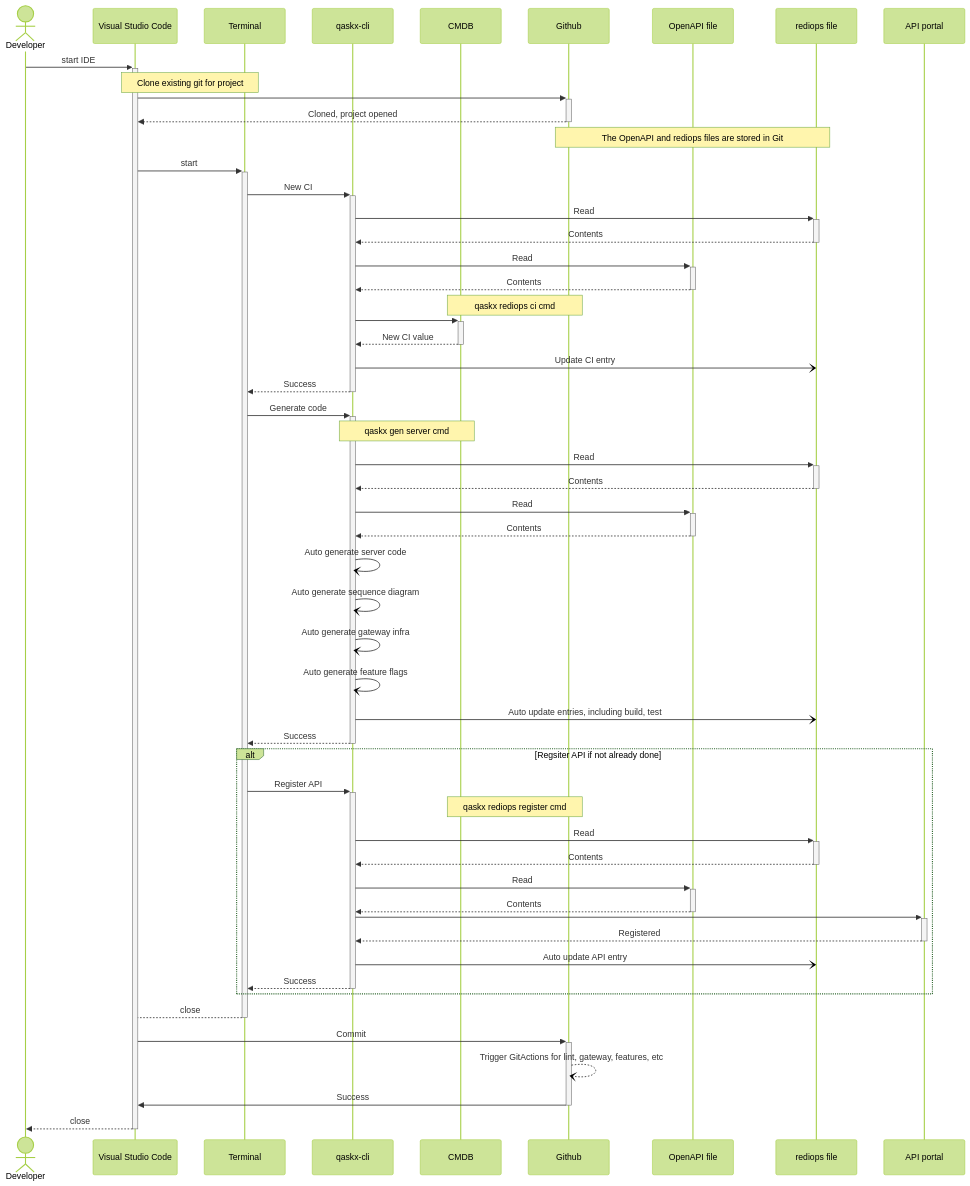
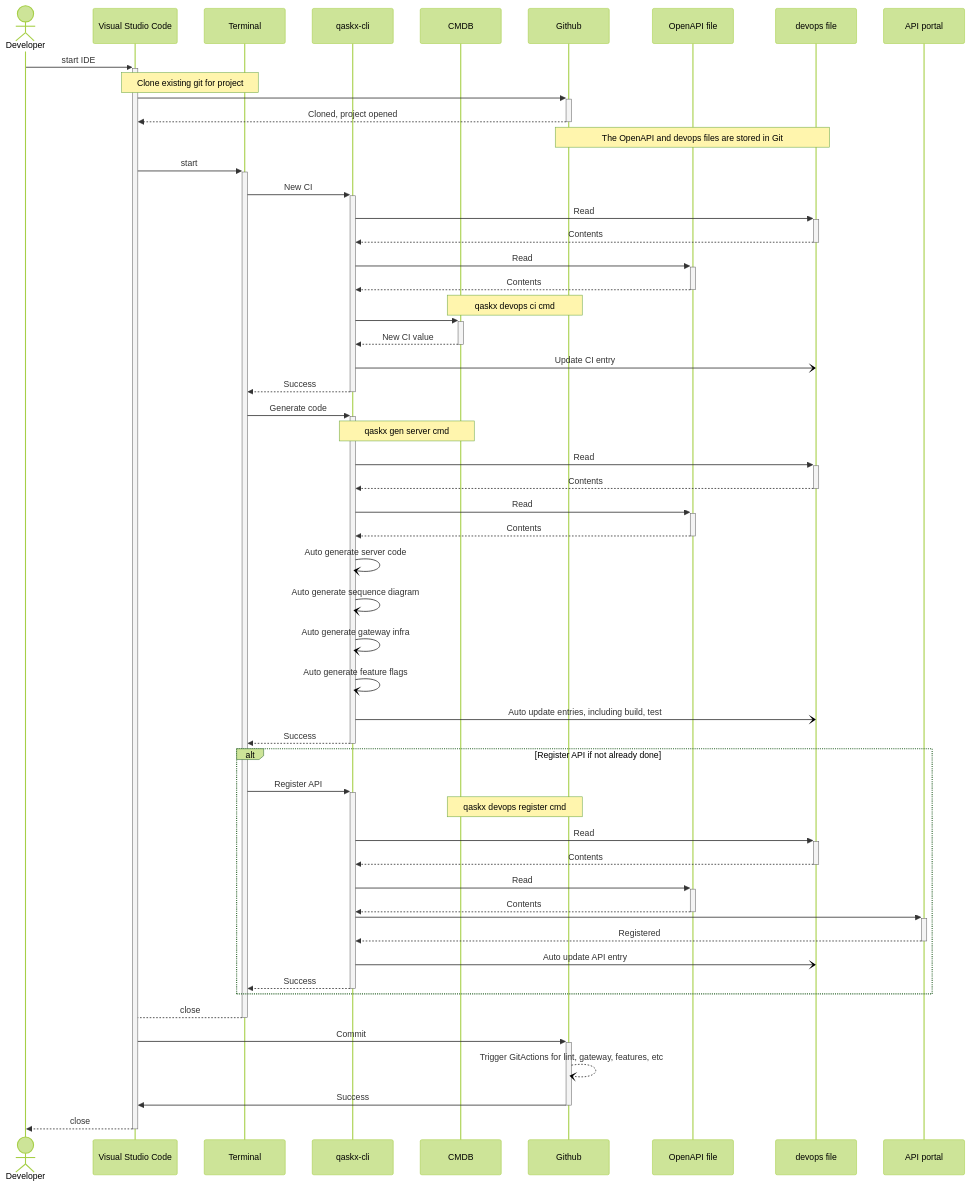
The first of 2 diagrams in docs/developers_server_start.md (meerkat-manor/rediOps), drawn with Mermaid (forest theme) before and after one commit. The commit also changed other lines of this file and 4 other files, not shown here.

````diff
--- a/docs/developers_server_start.md
+++ b/docs/developers_server_start.md
@@ -29,72 +29,72 @@
 ```mermaid
 
 sequenceDiagram
 
     actor dev as Developer
     participant vsc as Visual Studio Code
     participant term as Terminal
     participant qaskx as qaskx-cli
     participant cmdb as CMDB
     participant git as Github
-    link git: GitHub @ https://github.com/meerkat-manor/rediOps
+    link git: GitHub @ https://github.com/meerkat-manor/devops
     participant oas3f as OpenAPI file
-    participant rediops as rediops file
+    participant devops as devops file
     participant apip as API portal
 
     dev ->>+ vsc: start IDE
 
     Note over vsc, term: Clone existing git for project
     vsc ->>+ git : 
     git -->>- vsc : Cloned, project opened
 
-    Note over git, rediops: The OpenAPI and rediops files are stored in Git
+    Note over git, devops: The OpenAPI and devops files are stored in Git
 
     vsc ->>+ term: start
     term ->>+ qaskx: New CI
-    qaskx ->>+ rediops: Read 
-    rediops -->>- qaskx: Contents
+    qaskx ->>+ devops: Read 
+    devops -->>- qaskx: Contents
     qaskx ->>+ oas3f: Read 
     oas3f -->>- qaskx: Contents
-    Note over cmdb, git: qaskx rediops ci cmd
+    Note over cmdb, git: qaskx devops ci cmd
     qaskx ->>+ cmdb: 
     cmdb -->>- qaskx: New CI value
-    qaskx -) rediops: Update CI entry
+    qaskx -) devops: Update CI entry
     qaskx -->>- term: Success
 
     term ->>+ qaskx: Generate code
     Note over qaskx, cmdb: qaskx gen server cmd
-    qaskx ->>+ rediops: Read 
-    rediops -->>- qaskx: Contents
+    qaskx ->>+ devops: Read 
+    devops -->>- qaskx: Contents
     qaskx ->>+ oas3f: Read 
     oas3f -->>- qaskx: Contents
     qaskx -) qaskx: Auto generate server code
     qaskx -) qaskx: Auto generate sequence diagram
     qaskx -) qaskx: Auto generate gateway infra
     qaskx -) qaskx: Auto generate feature flags
-    qaskx -) rediops: Auto update entries, including build, test
+    qaskx -) devops: Auto update entries, including build, test
     qaskx -->>- term: Success
 
-    alt Regsiter API if not already done
+    alt Register API if not already done
 
     term ->>+ qaskx: Register API
-    Note over cmdb, git: qaskx rediops register cmd
-    qaskx ->>+ rediops: Read 
-    rediops -->>- qaskx: Contents
+    Note over cmdb, git: qaskx devops register cmd
+    qaskx ->>+ devops: Read 
+    devops -->>- qaskx: Contents
     qaskx ->>+ oas3f: Read 
     oas3f -->>- qaskx: Contents
     qaskx ->>+ apip: 
     apip -->>- qaskx: Registered
-    qaskx -) rediops: Auto update API entry
+    qaskx -) devops: Auto update API entry
     qaskx -->>- term: Success
 
     end
 
     term -->- vsc: close
 
     vsc ->>+ git: Commit
     git --) git: Trigger GitActions for lint, gateway, features, etc 
     git ->>- vsc: Success
 
     vsc -->>- dev: close
 
 ```
````
